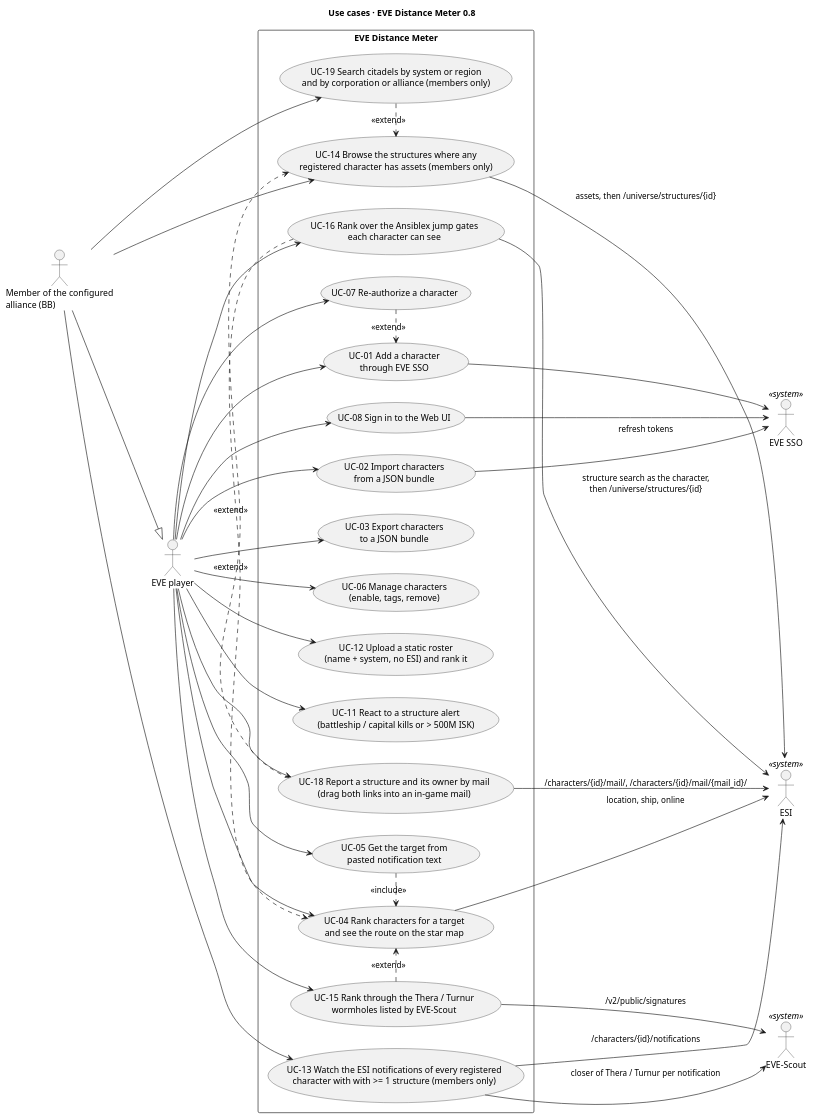
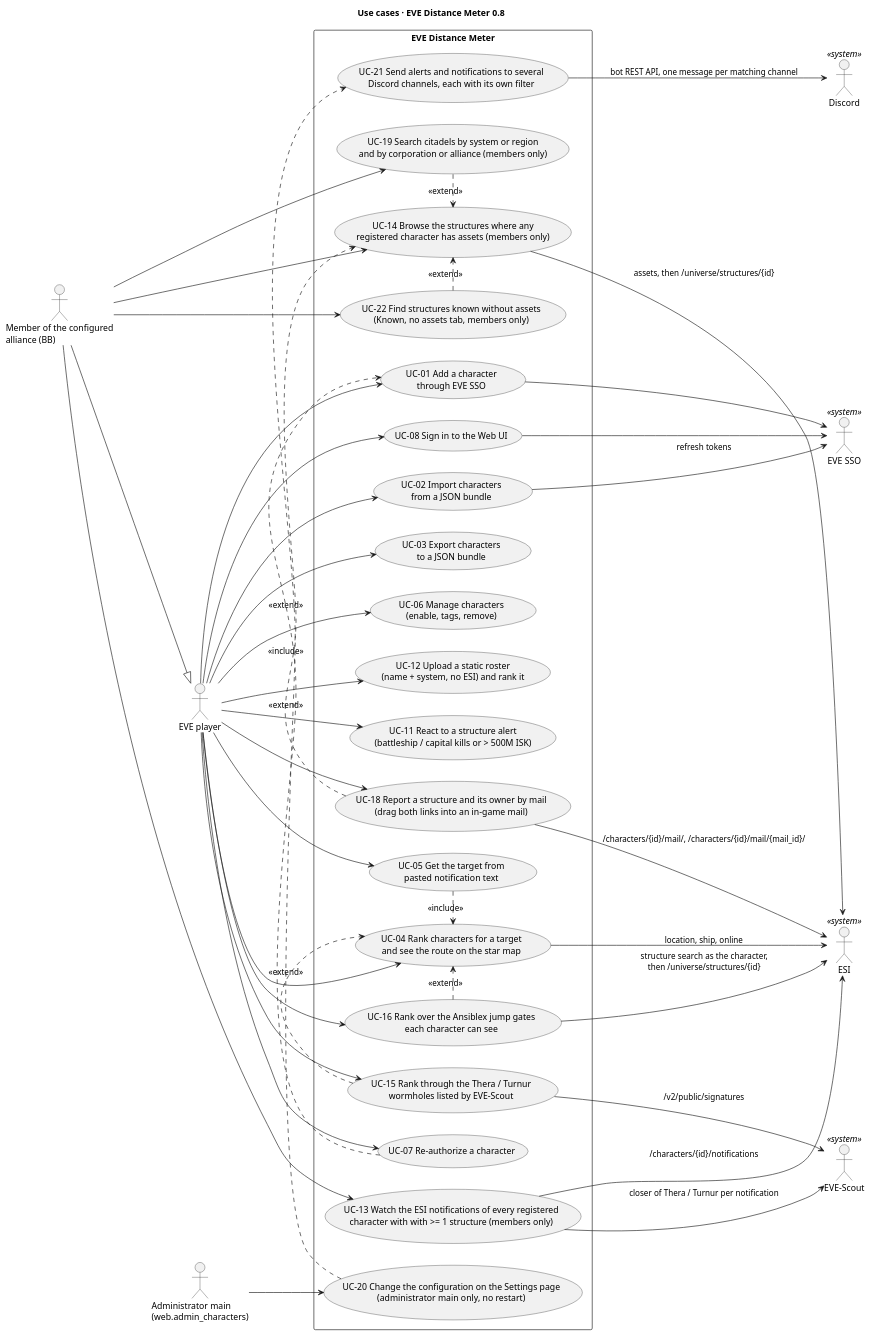
Before and after one commit to Headruner/war-bot-2: the diagram in docs/c4/00-use-cases.puml, drawn with PlantUML. The commit also changed 32 other files, not shown here.

First line of the commit message:
docs: describe new tab, delivery, diagrams

```diff
--- a/docs/c4/00-use-cases.puml
+++ b/docs/c4/00-use-cases.puml
@@ -1,62 +1,72 @@
 @startuml use-cases
 title Use cases · EVE Distance Meter 0.8
 left to right direction
 skinparam shadowing false
 skinparam packageStyle rectangle
 actor "EVE player" as user
 actor "Member of the configured\nalliance (BB)" as bb
 actor "EVE SSO" as sso <<system>>
 actor "ESI" as esi <<system>>
 actor "EVE-Scout" as evs <<system>>
+actor "Discord" as discord <<system>>
+actor "Administrator main\n(web.admin_characters)" as adm
 rectangle "EVE Distance Meter" {
   usecase "UC-08 Sign in to the Web UI" as UC8
   usecase "UC-01 Add a character\nthrough EVE SSO" as UC1
   usecase "UC-07 Re-authorize a character" as UC7
   usecase "UC-02 Import characters\nfrom a JSON bundle" as UC2
   usecase "UC-03 Export characters\nto a JSON bundle" as UC3
   usecase "UC-06 Manage characters\n(enable, tags, remove)" as UC6
   usecase "UC-04 Rank characters for a target\nand see the route on the star map" as UC4
   usecase "UC-05 Get the target from\npasted notification text" as UC5
   usecase "UC-12 Upload a static roster\n(name + system, no ESI) and rank it" as UC12
   usecase "UC-13 Watch the ESI notifications of every registered\ncharacter with with >= 1 structure (members only)" as UC13
   usecase "UC-14 Browse the structures where any\nregistered character has assets (members only)" as UC14
   usecase "UC-15 Rank through the Thera / Turnur\nwormholes listed by EVE-Scout" as UC15
   usecase "UC-16 Rank over the Ansiblex jump gates\neach character can see" as UC16
   usecase "UC-18 Report a structure and its owner by mail\n(drag both links into an in-game mail)" as UC18
   usecase "UC-19 Search citadels by system or region\nand by corporation or alliance (members only)" as UC19
+  usecase "UC-22 Find structures known without assets\n(Known, no assets tab, members only)" as UC22
+  usecase "UC-20 Change the configuration on the Settings page\n(administrator main only, no restart)" as UC20
+  usecase "UC-21 Send alerts and notifications to several\nDiscord channels, each with its own filter" as UC21
   usecase "UC-11 React to a structure alert\n(battleship / capital kills or > 500M ISK)" as UC11
 }
 bb --|> user
 user --> UC8
 user --> UC1
 user --> UC7
 user --> UC2
 user --> UC3
 user --> UC6
 user --> UC4
 user --> UC5
 user --> UC12
 user --> UC15
 user --> UC16
 user --> UC11
 user --> UC18
 bb --> UC13
 bb --> UC14
 bb --> UC19
+bb --> UC22
+adm --> UC20
+UC20 .> UC21 : <<include>>
 UC19 .> UC14 : <<extend>>
+UC22 .> UC14 : <<extend>>
 UC18 .> UC14 : <<extend>>
 UC5 .> UC4 : <<include>>
 UC15 .> UC4 : <<extend>>
 UC16 .> UC4 : <<extend>>
 UC7 .> UC1 : <<extend>>
 UC8 --> sso
 UC1 --> sso
 UC2 --> sso : refresh tokens
 UC4 --> esi : location, ship, online
 UC13 --> esi : /characters/{id}/notifications
+UC21 --> discord : bot REST API, one message per matching channel
 UC14 --> esi : assets, then /universe/structures/{id}
 UC18 --> esi : /characters/{id}/mail/, /characters/{id}/mail/{mail_id}/
 UC15 --> evs : /v2/public/signatures
 UC13 --> evs : closer of Thera / Turnur per notification
 UC16 --> esi : structure search as the character,\nthen /universe/structures/{id}
 @enduml
```
